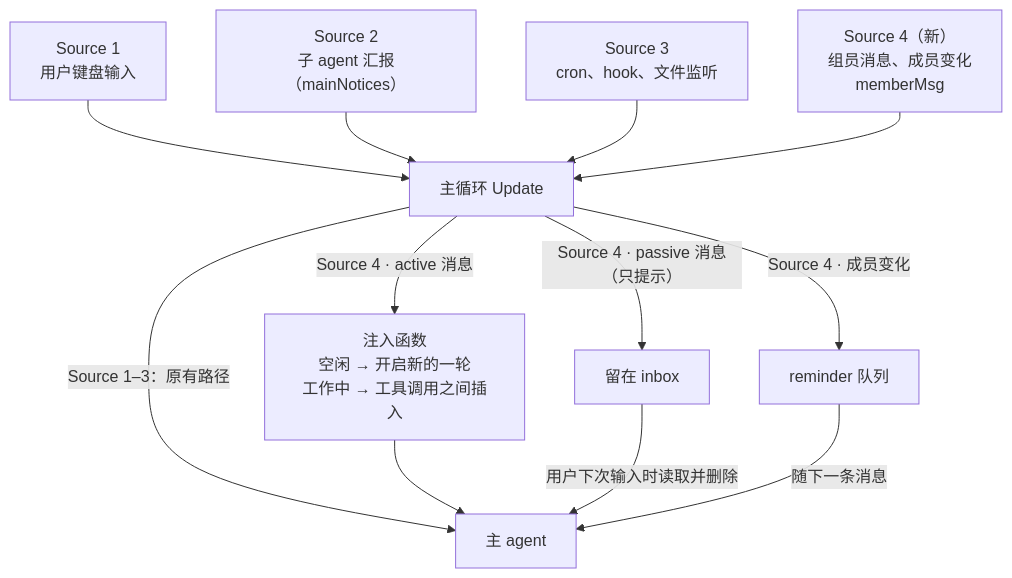
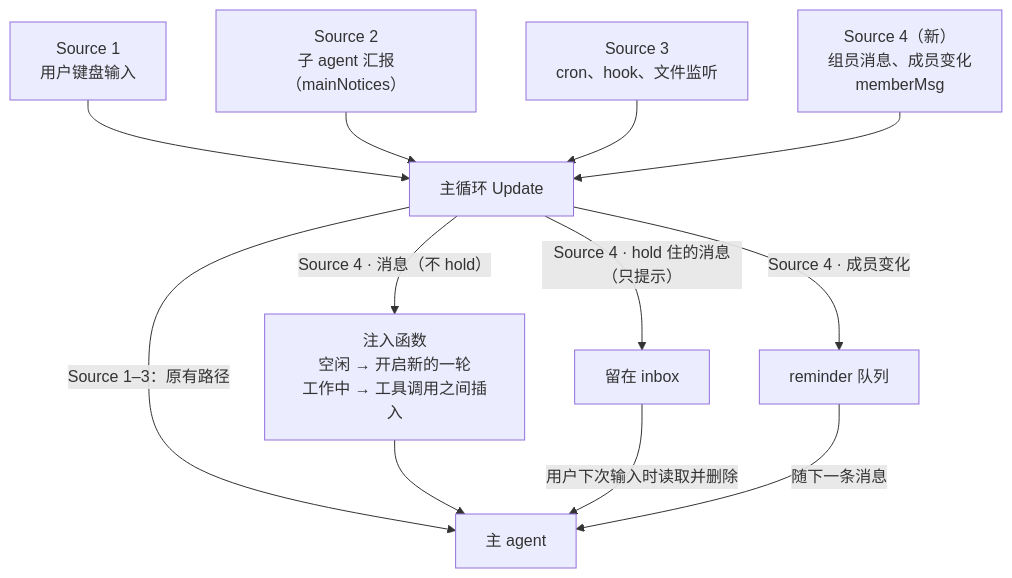
The fifth of 5 diagrams in docs/design/proposals/0003-session-groups.zh.md (genai-io/san), drawn with Mermaid before and after one commit. The commit also changed other lines of this file and 16 other files, not shown here.

First line of the commit message:
refactor(group): one hold switch instead of active/passive modes

````diff
--- a/docs/design/proposals/0003-session-groups.zh.md
+++ b/docs/design/proposals/0003-session-groups.zh.md
@@ -458,11 +465,11 @@
 ```mermaid
 flowchart TB
     S1["Source 1<br/>用户键盘输入"] --> U
     S2["Source 2<br/>子 agent 汇报（mainNotices）"] --> U
     S3["Source 3<br/>cron、hook、文件监听"] --> U
     S4["Source 4（新）<br/>组员消息、成员变化<br/>memberMsg"] --> U
     U["主循环 Update"] -->|"Source 1–3：原有路径"| A["主 agent"]
-    U -->|"Source 4 · active 消息"| I["注入函数<br/>空闲 → 开启新的一轮<br/>工作中 → 工具调用之间插入"] --> A
-    U -->|"Source 4 · passive 消息（只提示）"| IB["留在 inbox"] -->|用户下次输入时读取并删除| A
+    U -->|"Source 4 · 消息（不 hold）"| I["注入函数<br/>空闲 → 开启新的一轮<br/>工作中 → 工具调用之间插入"] --> A
+    U -->|"Source 4 · hold 住的消息（只提示）"| IB["留在 inbox"] -->|用户下次输入时读取并删除| A
     U -->|"Source 4 · 成员变化"| Q["reminder 队列"] -->|随下一条消息| A
 ```
````
